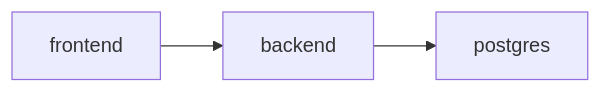
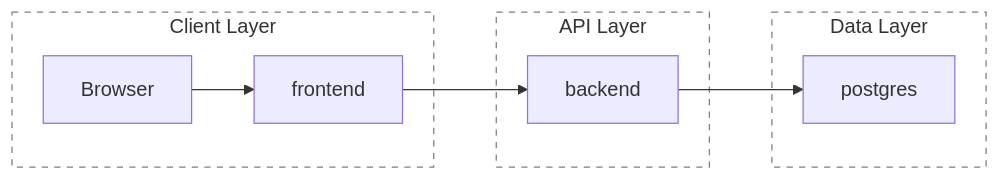
Before and after one commit to alenisaw/invision_u_Vi-Ka: the diagram in docs/eng/DOCKER.md, drawn with Mermaid. The commit also changed other lines of this file and 295 other files, not shown here.

````diff
--- a/docs/eng/DOCKER.md
+++ b/docs/eng/DOCKER.md
@@ -33,9 +34,23 @@
 ```mermaid
 flowchart LR
-    Frontend["frontend"]
-    Backend["backend"]
-    DB["postgres"]
+    subgraph ClientLayer["Client Layer"]
+        Browser["Browser"]
+        Frontend["frontend"]
+    end
 
+    subgraph ApiLayer["API Layer"]
+        Backend["backend"]
+    end
+
+    subgraph DataLayer["Data Layer"]
+        DB["postgres"]
+    end
+
+    Browser --> Frontend
     Frontend --> Backend
     Backend --> DB
+
+    style ClientLayer fill:transparent,stroke:#7d7d7d,stroke-dasharray: 5 5
+    style ApiLayer fill:transparent,stroke:#7d7d7d,stroke-dasharray: 5 5
+    style DataLayer fill:transparent,stroke:#7d7d7d,stroke-dasharray: 5 5
 ```
````
